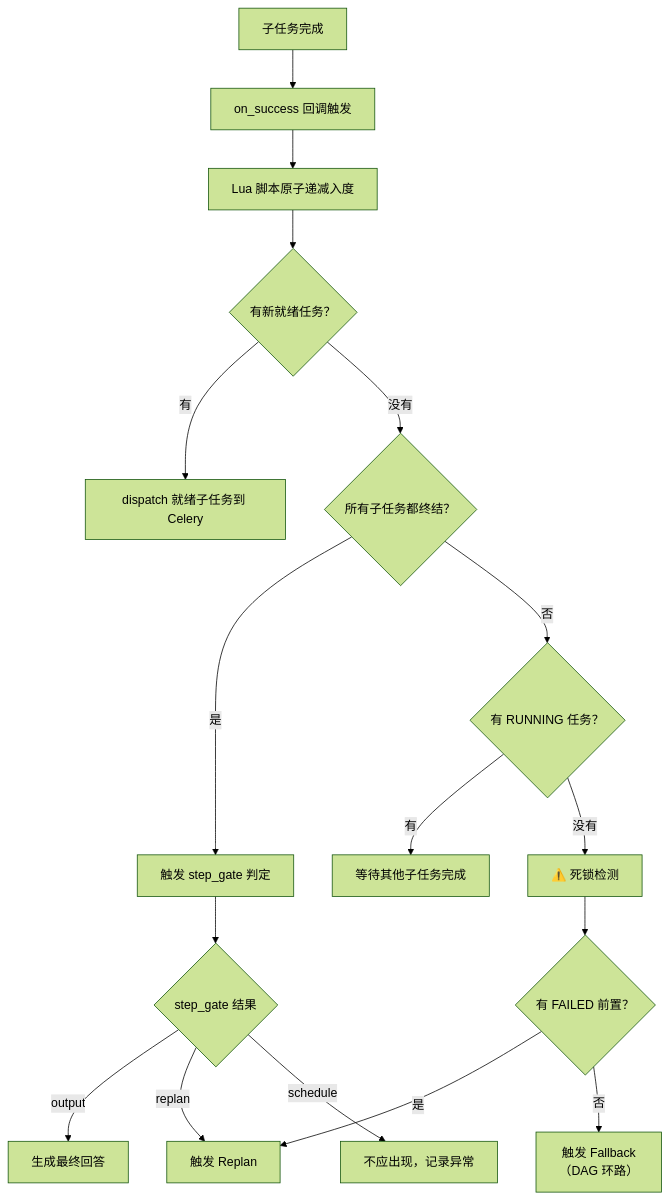
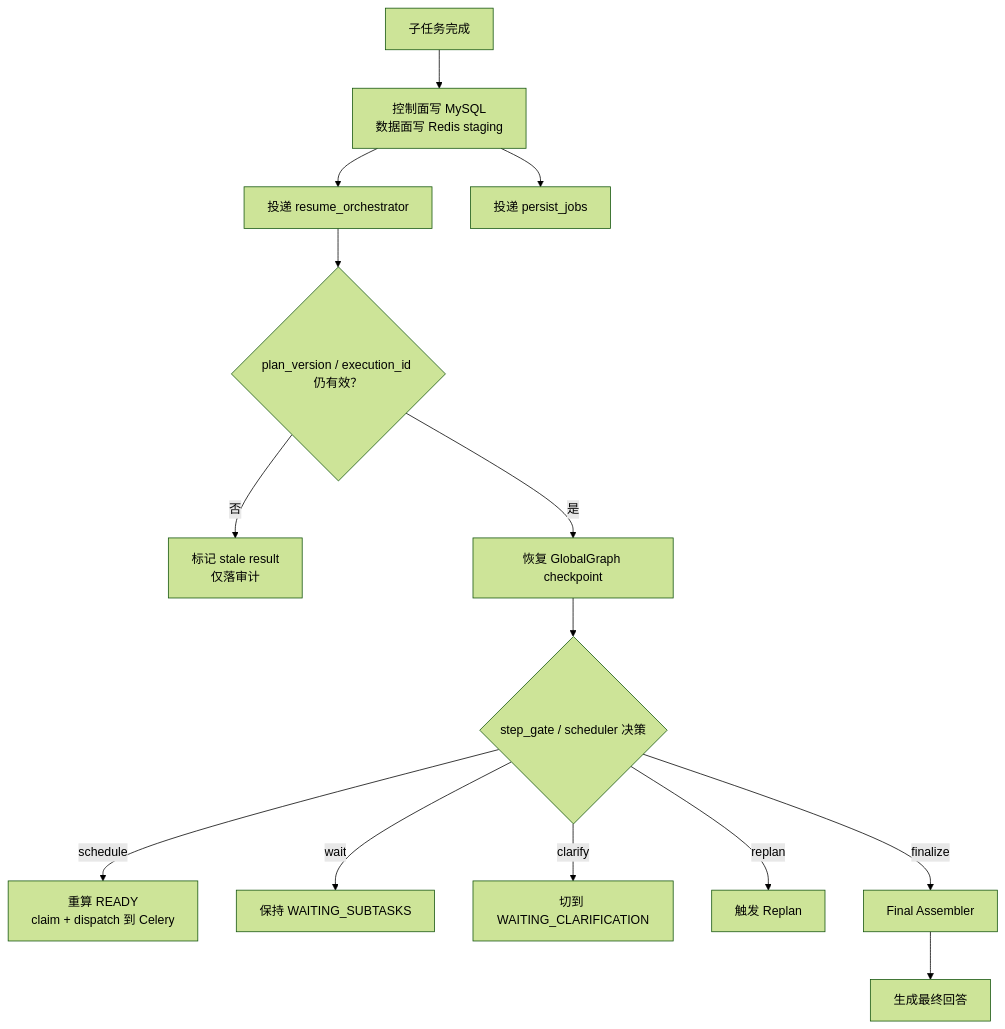
Before and after one commit to kkk935208447/learning_common_lib: the fourth of 6 diagrams in src/learning_common_lib/案例/用户AgenticRAG检索/技术拆解.md, drawn with Mermaid (forest theme). The commit also changed other lines of this file and 3 other files, not shown here.

````diff
--- a/src/learning_common_lib/案例/用户AgenticRAG检索/技术拆解.md
+++ b/src/learning_common_lib/案例/用户AgenticRAG检索/技术拆解.md
@@ -719,19 +842,16 @@
 ```mermaid
 flowchart TD
-    A["子任务完成"] --> B["on_success 回调触发"]
-    B --> C["Lua 脚本原子递减入度"]
-    C --> D{"有新就绪任务？"}
-    D -- "有" --> E["dispatch 就绪子任务到 Celery"]
-    D -- "没有" --> F{"所有子任务都终结？"}
-    F -- "是" --> G["触发 step_gate 判定"]
-    F -- "否" --> F2{"有 RUNNING 任务？"}
-    F2 -- "有" --> H["等待其他子任务完成"]
-    F2 -- "没有" --> DL["⚠️ 死锁检测"]
-    DL --> DL2{"有 FAILED 前置？"}
-    DL2 -- "是" --> K["触发 Replan"]
-    DL2 -- "否" --> M["触发 Fallback<br/>（DAG 环路）"]
-    G --> I{"step_gate 结果"}
-    I -- "output" --> J["生成最终回答"]
-    I -- "replan" --> K
-    I -- "schedule" --> L["不应出现，记录异常"]
+    A["子任务完成"] --> B["控制面写 MySQL<br/>数据面写 Redis staging"]
+    B --> B2["投递 resume_orchestrator"]
+    B --> B3["投递 persist_jobs"]
+    B2 --> C{"plan_version / execution_id 仍有效？"}
+    C -- "否" --> C2["标记 stale result<br/>仅落审计"]
+    C -- "是" --> D["恢复 GlobalGraph checkpoint"]
+    D --> E{"step_gate / scheduler 决策"}
+    E -- "schedule" --> F["重算 READY<br/>claim + dispatch 到 Celery"]
+    E -- "wait" --> G["保持 WAITING_SUBTASKS"]
+    E -- "clarify" --> H["切到 WAITING_CLARIFICATION"]
+    E -- "replan" --> I["触发 Replan"]
+    E -- "finalize" --> J["Final Assembler"]
+    J --> K["生成最终回答"]
 ```
````
